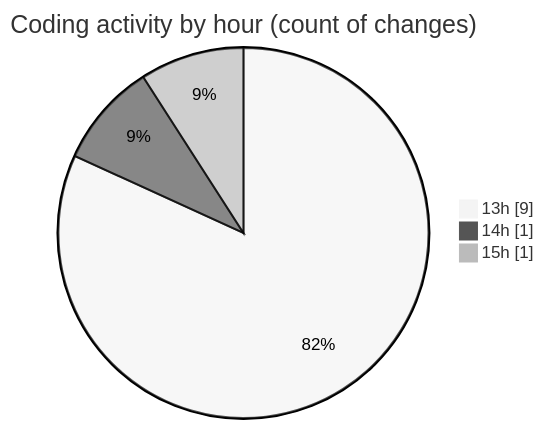
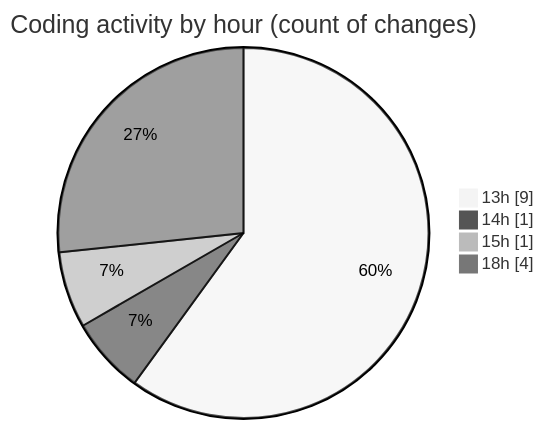
The second of 2 diagrams in 2025-11-19/nxtqube_webapp/README.md (nxtqubesakshisongat/code-tracking), drawn with Mermaid (neutral theme) before and after one commit. The commit also changed other lines of this file and 1 other file, not shown here.

````diff
--- a/2025-11-19/nxtqube_webapp/README.md
+++ b/2025-11-19/nxtqube_webapp/README.md
@@ -28,7 +29,8 @@
 ```mermaid
 pie showData
 title Coding activity by hour (count of changes)
 "13h" : 9
 "14h" : 1
 "15h" : 1
+"18h" : 4
 ```
````
